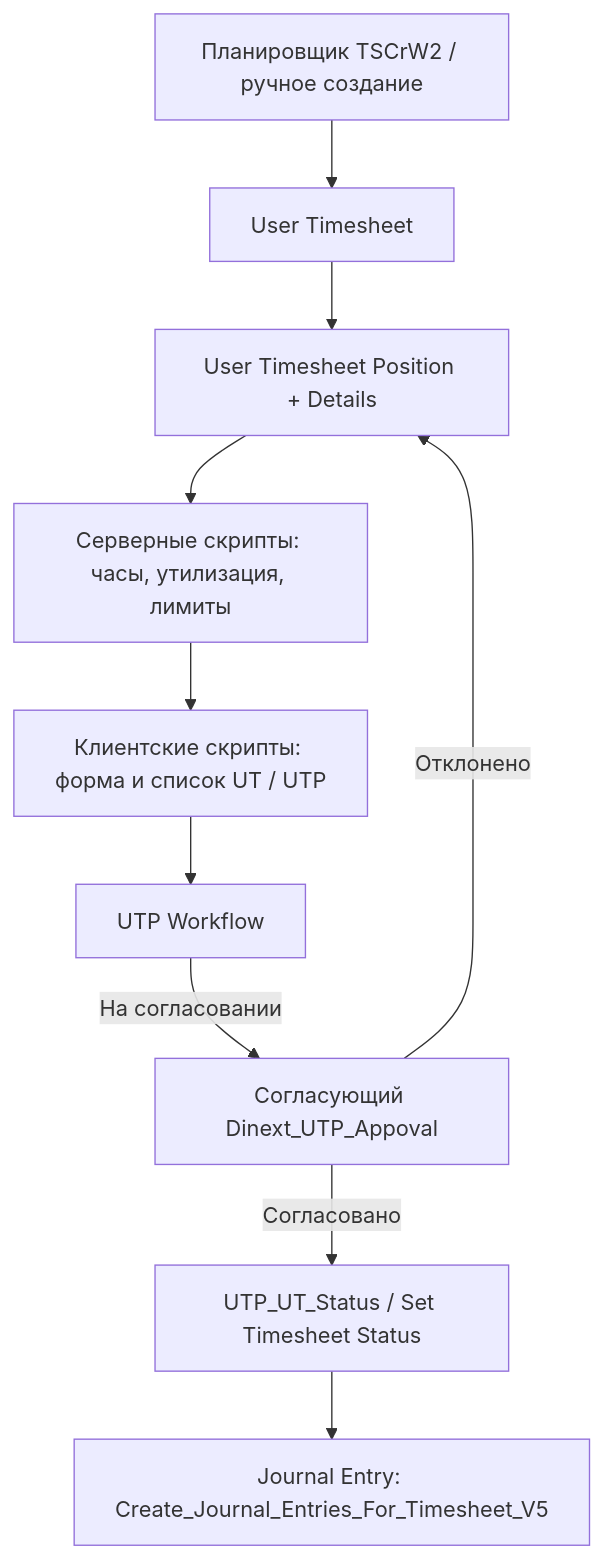
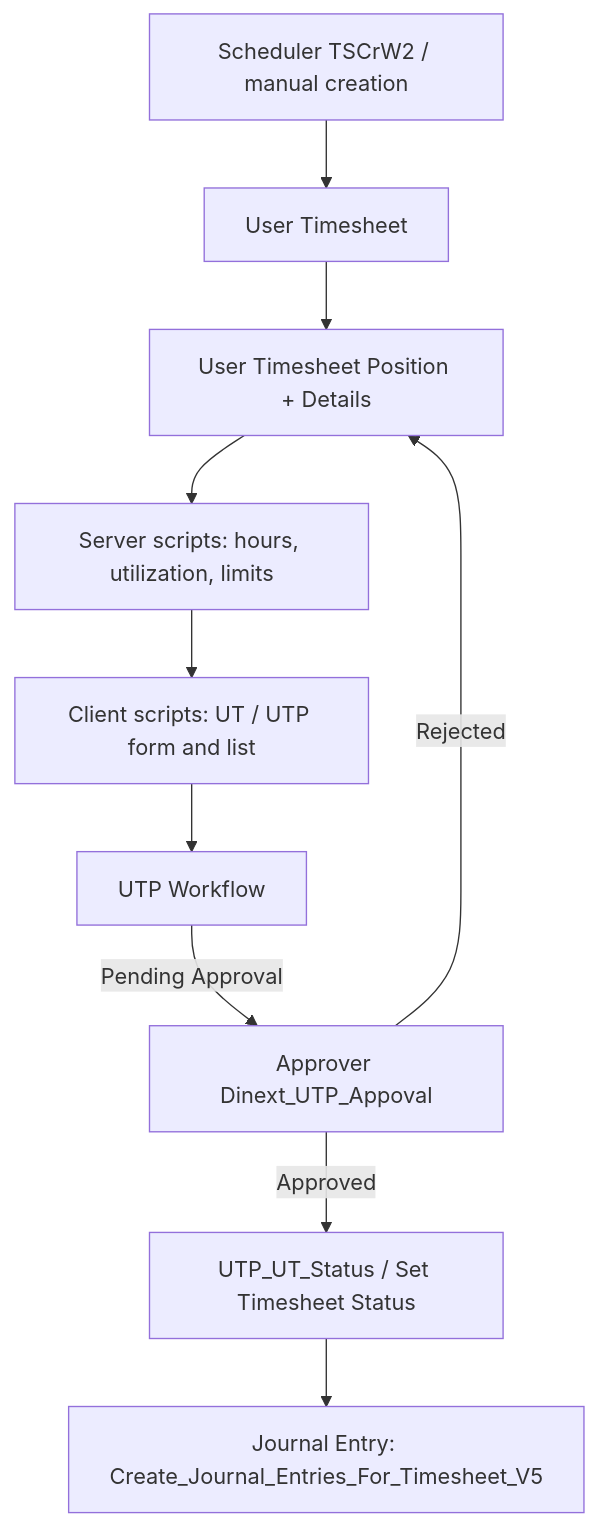
One commit to Dinext-pro/dinext-timesheets changed the first of 2 diagrams in README.md. Above: the diagram before and after it, drawn with Mermaid. The commit also changed other lines of this file and 1 other file, not shown here.

````diff
--- a/README.md
+++ b/README.md
@@ -231,12 +224,12 @@
 ```mermaid
 flowchart TD
-    A[Планировщик TSCrW2 / ручное создание] --> B[User Timesheet]
+    A[Scheduler TSCrW2 / manual creation] --> B[User Timesheet]
     B --> C[User Timesheet Position + Details]
-    C --> D[Серверные скрипты: часы, утилизация, лимиты]
-    D --> E[Клиентские скрипты: форма и список UT / UTP]
+    C --> D[Server scripts: hours, utilization, limits]
+    D --> E[Client scripts: UT / UTP form and list]
     E --> F[UTP Workflow]
-    F -->|На согласовании| G[Согласующий Dinext_UTP_Appoval]
-    G -->|Согласовано| H[UTP_UT_Status / Set Timesheet Status]
+    F -->|Pending Approval| G[Approver Dinext_UTP_Appoval]
+    G -->|Approved| H[UTP_UT_Status / Set Timesheet Status]
     H --> I[Journal Entry: Create_Journal_Entries_For_Timesheet_V5]
-    G -->|Отклонено| C
+    G -->|Rejected| C
 ```
````
